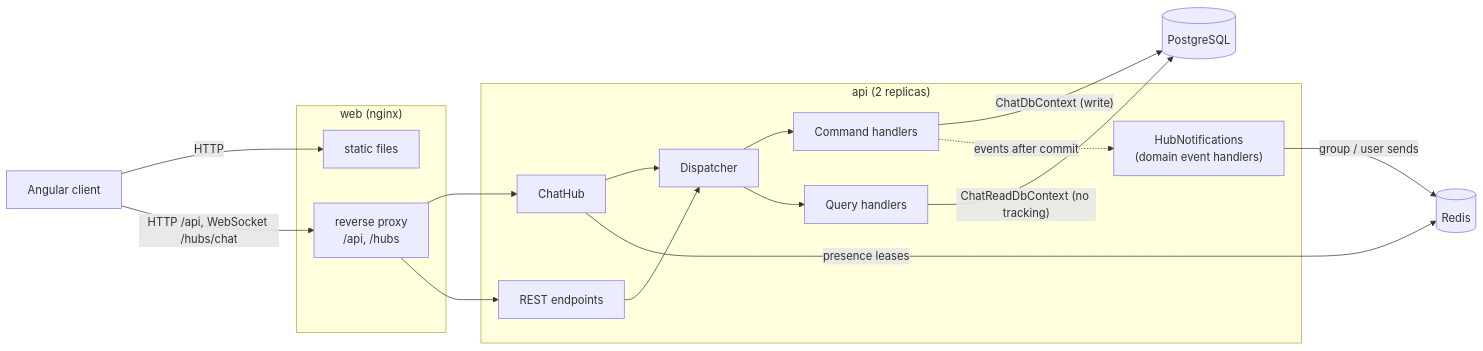
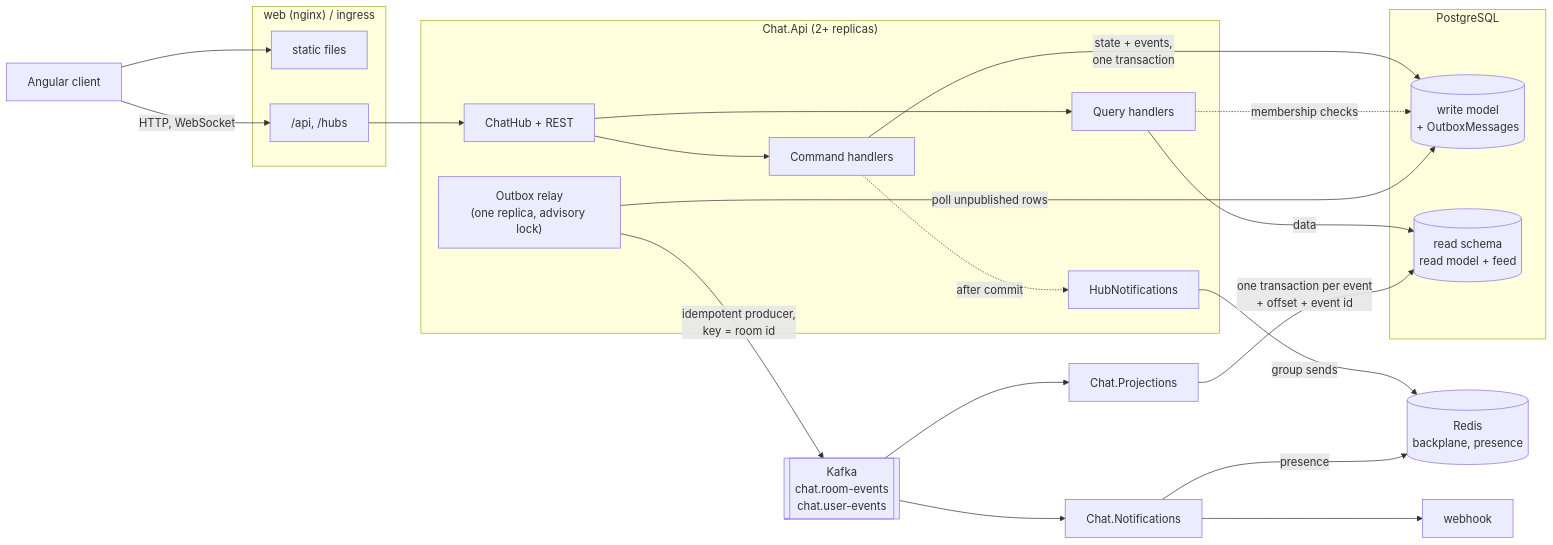
Before and after one commit to jay3490/realtime-chat-signalr: the first of 2 diagrams in README.md, drawn with Mermaid. The commit also changed other lines of this file, not shown here.

First line of the commit message:
docs: describe the event log, services, deployment and production considerations

````diff
--- a/README.md
+++ b/README.md
@@ -27,32 +38,36 @@
 ```mermaid
 flowchart LR
     Browser["Angular client"]
-    subgraph Edge["web (nginx)"]
+    subgraph Edge["web (nginx) / ingress"]
         Static["static files"]
-        Proxy["reverse proxy<br/>/api, /hubs"]
+        Proxy["/api, /hubs"]
     end
-    subgraph Api["api (2 replicas)"]
-        Hub["ChatHub"]
-        Rest["REST endpoints"]
-        Dispatcher["Dispatcher"]
+    subgraph Api["Chat.Api (2+ replicas)"]
+        Hub["ChatHub + REST"]
         Commands["Command handlers"]
         Queries["Query handlers"]
-        Events["HubNotifications<br/>(domain event handlers)"]
+        Notify["HubNotifications"]
+        Relay["Outbox relay<br/>(one replica, advisory lock)"]
     end
-    Postgres[("PostgreSQL")]
-    Redis[("Redis")]
+    subgraph Pg["PostgreSQL"]
+        Write[("write model<br/>+ OutboxMessages")]
+        Read[("read schema<br/>read model + feed")]
+    end
+    Kafka[["Kafka<br/>chat.room-events<br/>chat.user-events"]]
+    Projections["Chat.Projections"]
+    Notifications["Chat.Notifications"]
+    Redis[("Redis<br/>backplane, presence")]
+    Hook["webhook"]
 
-    Browser -- "HTTP" --> Static
-    Browser -- "HTTP /api, WebSocket /hubs/chat" --> Proxy
-    Proxy --> Hub
-    Proxy --> Rest
-    Hub --> Dispatcher
-    Rest --> Dispatcher
-    Dispatcher --> Commands
-    Dispatcher --> Queries
-    Commands -- "ChatDbContext (write)" --> Postgres
-    Queries -- "ChatReadDbContext (no tracking)" --> Postgres
-    Commands -. "events after commit" .-> Events
-    Events -- "group / user sends" --> Redis
-    Hub -- "presence leases" --> Redis
+    Browser --> Static
+    Browser -- "HTTP, WebSocket" --> Proxy --> Hub
+    Hub --> Commands -- "state + events,<br/>one transaction" --> Write
+    Hub --> Queries -- "data" --> Read
+    Queries -. "membership checks" .-> Write
+    Commands -. "after commit" .-> Notify -- "group sends" --> Redis
+    Relay -- "poll unpublished rows" --> Write
+    Relay -- "idempotent producer,<br/>key = room id" --> Kafka
+    Kafka --> Projections -- "one transaction per event<br/>+ offset + event id" --> Read
+    Kafka --> Notifications -- "presence" --> Redis
+    Notifications --> Hook
 ```
````
